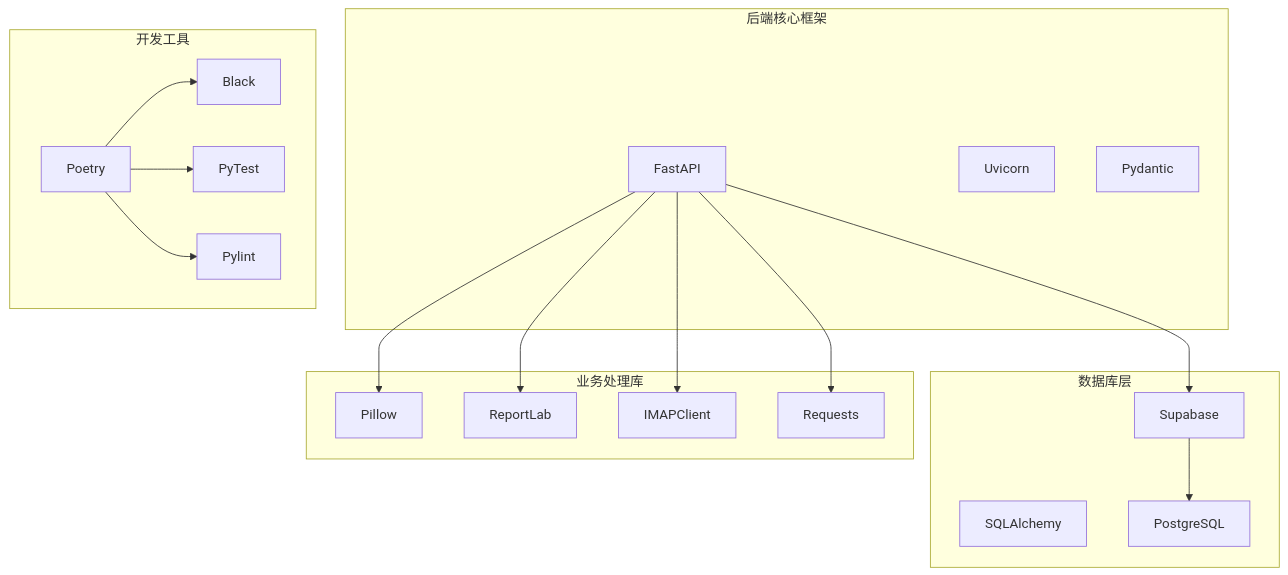
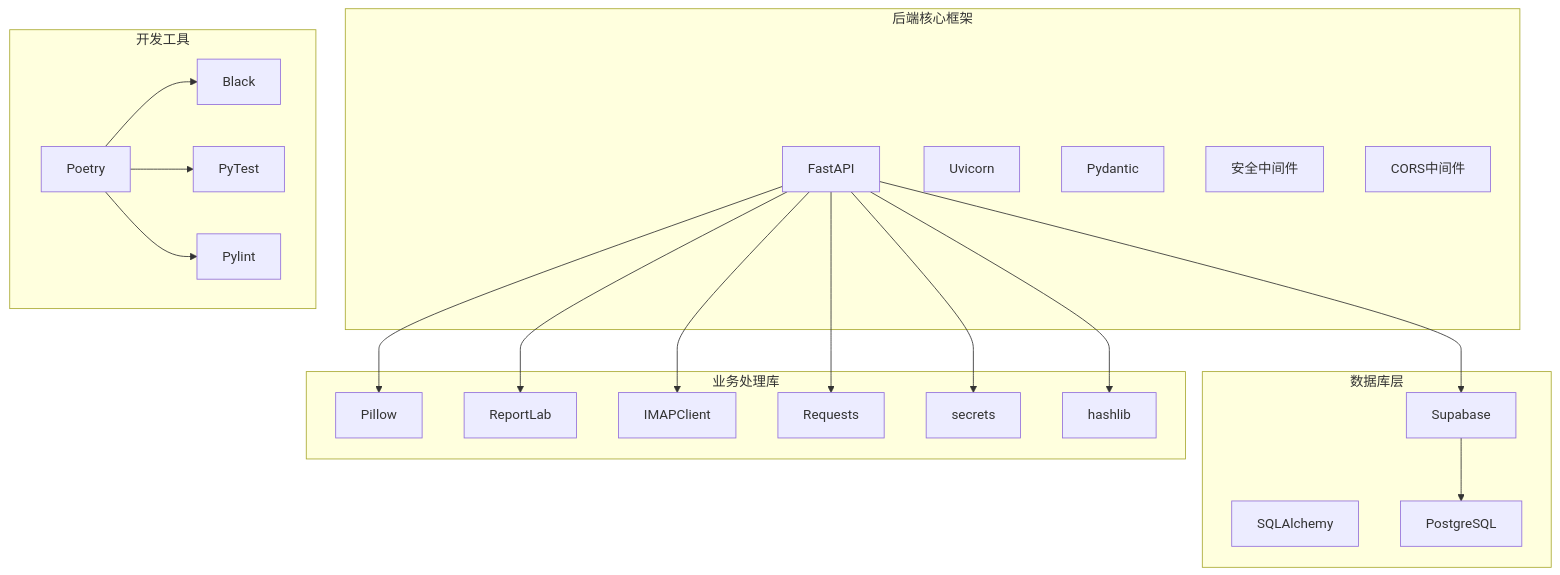
Before and after one commit to SY6621/POD-Order-Management: the tenth of 16 diagrams in .qoder/repowiki/zh/content/项目概述.md, drawn with Mermaid. The commit also changed other lines of this file and 15 other files, not shown here.

````diff
--- a/.qoder/repowiki/zh/content/项目概述.md
+++ b/.qoder/repowiki/zh/content/项目概述.md
@@ -301,34 +481,40 @@
 ```mermaid
 graph TB
 subgraph "后端核心框架"
 FastAPI[FastAPI]
 Uvicorn[Uvicorn]
 Pydantic[Pydantic]
+Security[安全中间件]
+CORS[CORS中间件]
 end
 subgraph "数据库层"
 Supabase[Supabase]
 SQLAlchemy[SQLAlchemy]
 Postgres[PostgreSQL]
 end
 subgraph "业务处理库"
 Pillow[Pillow]
 ReportLab[ReportLab]
 IMAPClient[IMAPClient]
 Requests[Requests]
+Secrets[secrets]
+Hashlib[hashlib]
 end
 subgraph "开发工具"
 Poetry[Poetry]
 Black[Black]
 PyTest[PyTest]
 Pylint[Pylint]
 end
 FastAPI --> Supabase
 FastAPI --> Pillow
 FastAPI --> ReportLab
 FastAPI --> IMAPClient
 FastAPI --> Requests
+FastAPI --> Secrets
+FastAPI --> Hashlib
 Supabase --> Postgres
 Poetry --> Black
 Poetry --> PyTest
 Poetry --> Pylint
 ```
````
